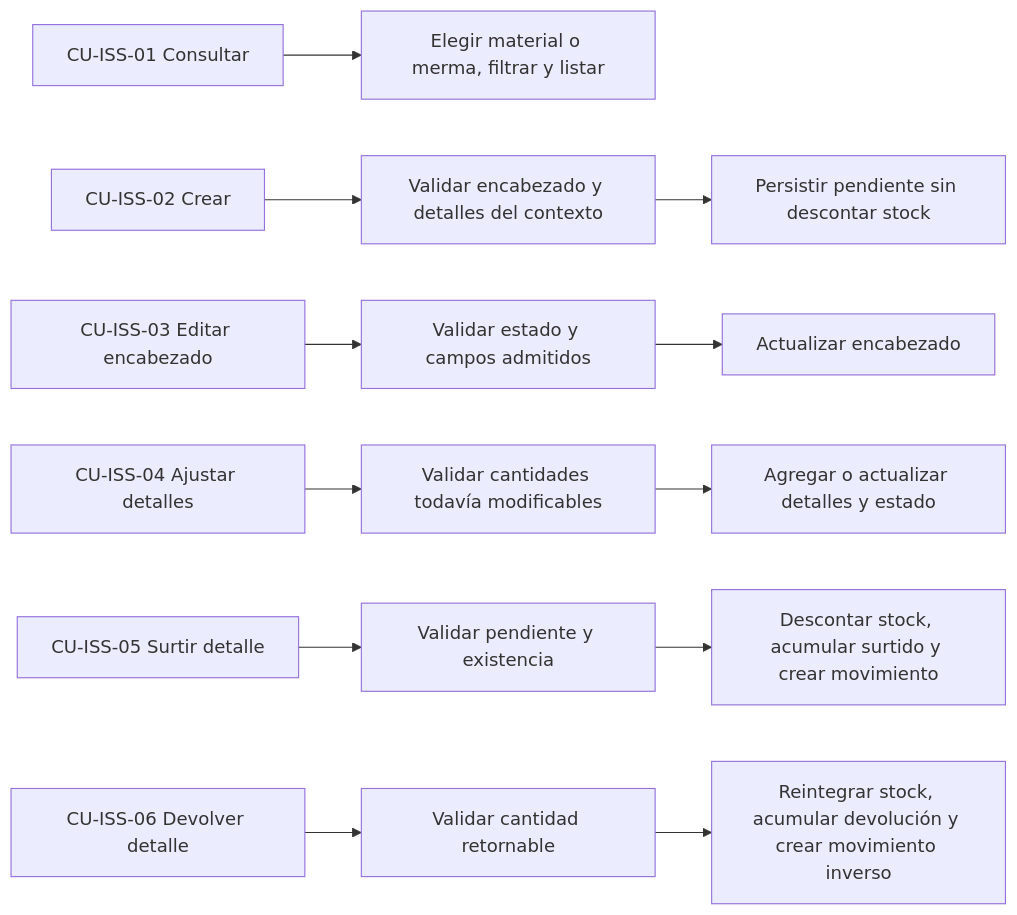
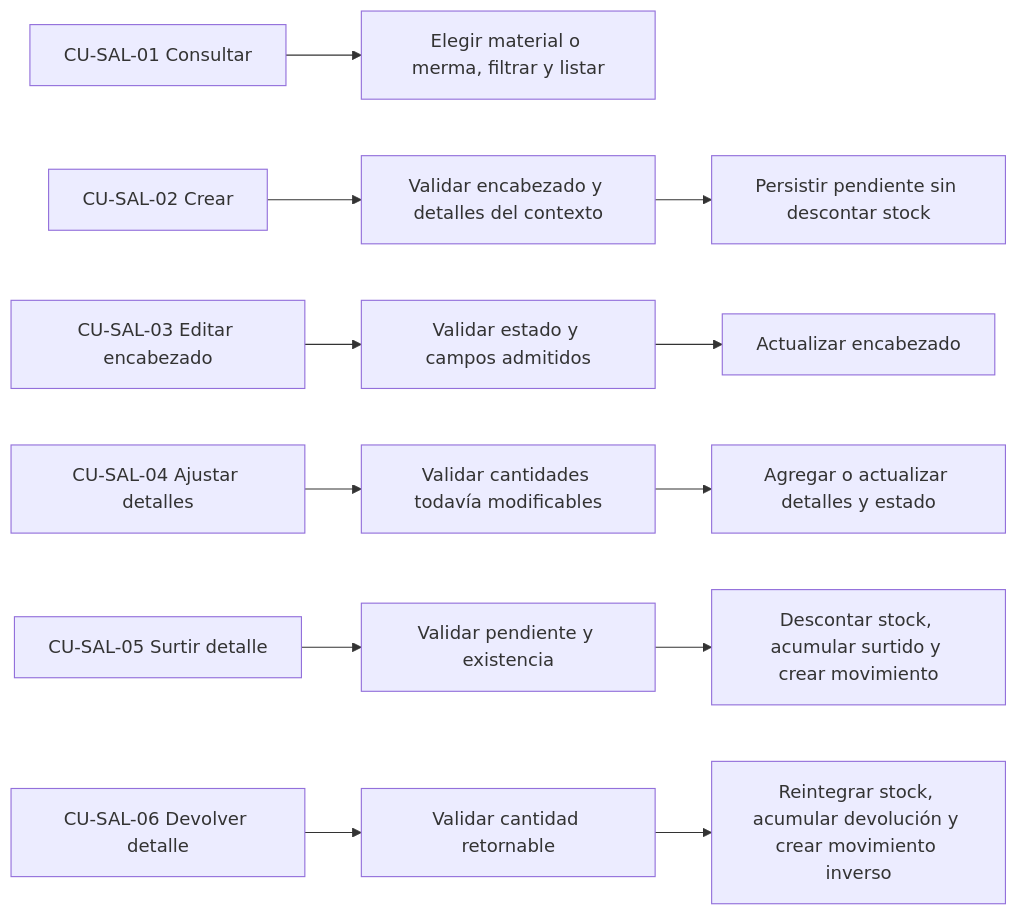
The sixth of 15 diagrams in docs/requirements/requirements-diagrams.md (gpgsistemas01/nexus), drawn with Mermaid before and after one commit. The commit also changed other lines of this file and 12 other files, not shown here.

````diff
--- a/docs/requirements/requirements-diagrams.md
+++ b/docs/requirements/requirements-diagrams.md
@@ -147,9 +148,9 @@
 ```mermaid
 flowchart LR
-    iss01["CU-ISS-01 Consultar"] --> iss01q["Elegir material o merma, filtrar y listar"]
-    iss02["CU-ISS-02 Crear"] --> iss02v["Validar encabezado y detalles del contexto"] --> iss02p["Persistir pendiente sin descontar stock"]
-    iss03["CU-ISS-03 Editar encabezado"] --> iss03v["Validar estado y campos admitidos"] --> iss03p["Actualizar encabezado"]
-    iss04["CU-ISS-04 Ajustar detalles"] --> iss04v["Validar cantidades todavía modificables"] --> iss04p["Agregar o actualizar detalles y estado"]
-    iss05["CU-ISS-05 Surtir detalle"] --> iss05v["Validar pendiente y existencia"] --> iss05t["Descontar stock, acumular surtido y crear movimiento"]
-    iss06["CU-ISS-06 Devolver detalle"] --> iss06v["Validar cantidad retornable"] --> iss06t["Reintegrar stock, acumular devolución y crear movimiento inverso"]
+    iss01["CU-SAL-01 Consultar"] --> iss01q["Elegir material o merma, filtrar y listar"]
+    iss02["CU-SAL-02 Crear"] --> iss02v["Validar encabezado y detalles del contexto"] --> iss02p["Persistir pendiente sin descontar stock"]
+    iss03["CU-SAL-03 Editar encabezado"] --> iss03v["Validar estado y campos admitidos"] --> iss03p["Actualizar encabezado"]
+    iss04["CU-SAL-04 Ajustar detalles"] --> iss04v["Validar cantidades todavía modificables"] --> iss04p["Agregar o actualizar detalles y estado"]
+    iss05["CU-SAL-05 Surtir detalle"] --> iss05v["Validar pendiente y existencia"] --> iss05t["Descontar stock, acumular surtido y crear movimiento"]
+    iss06["CU-SAL-06 Devolver detalle"] --> iss06v["Validar cantidad retornable"] --> iss06t["Reintegrar stock, acumular devolución y crear movimiento inverso"]
 ```
````
